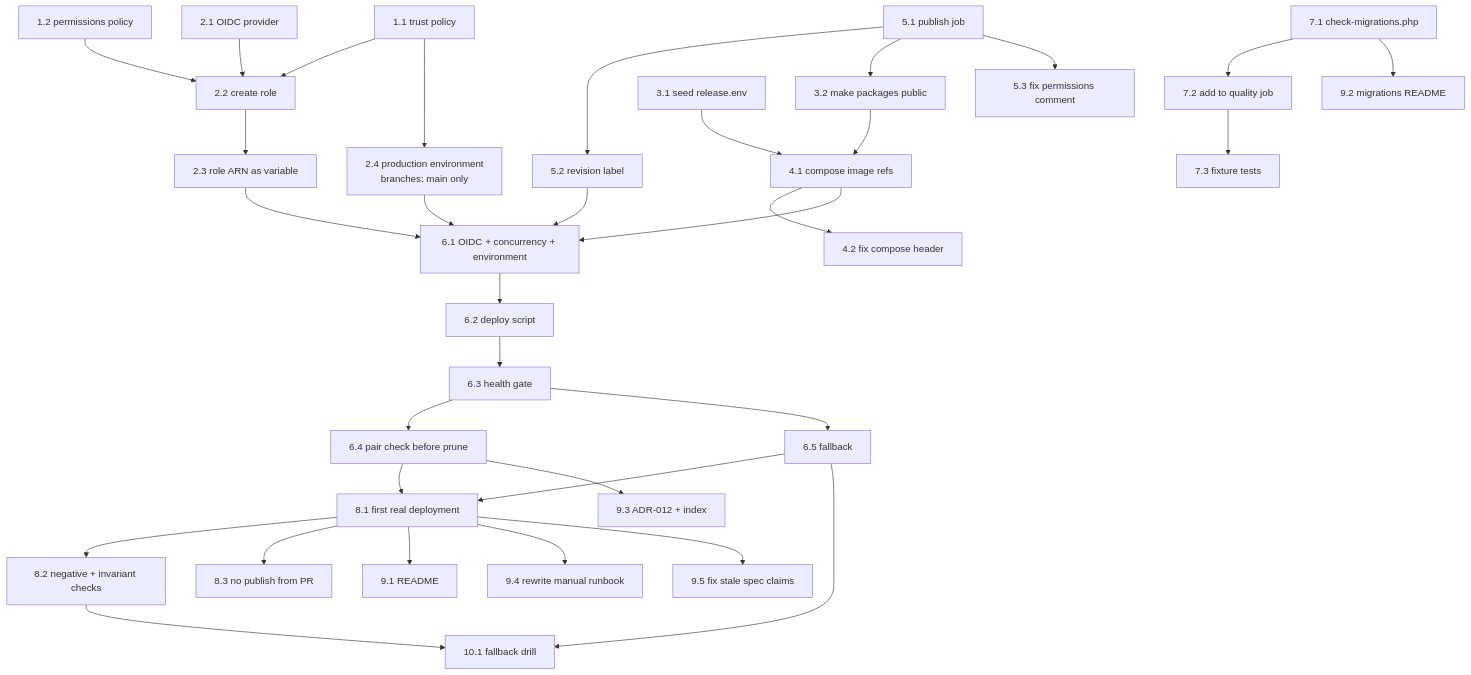
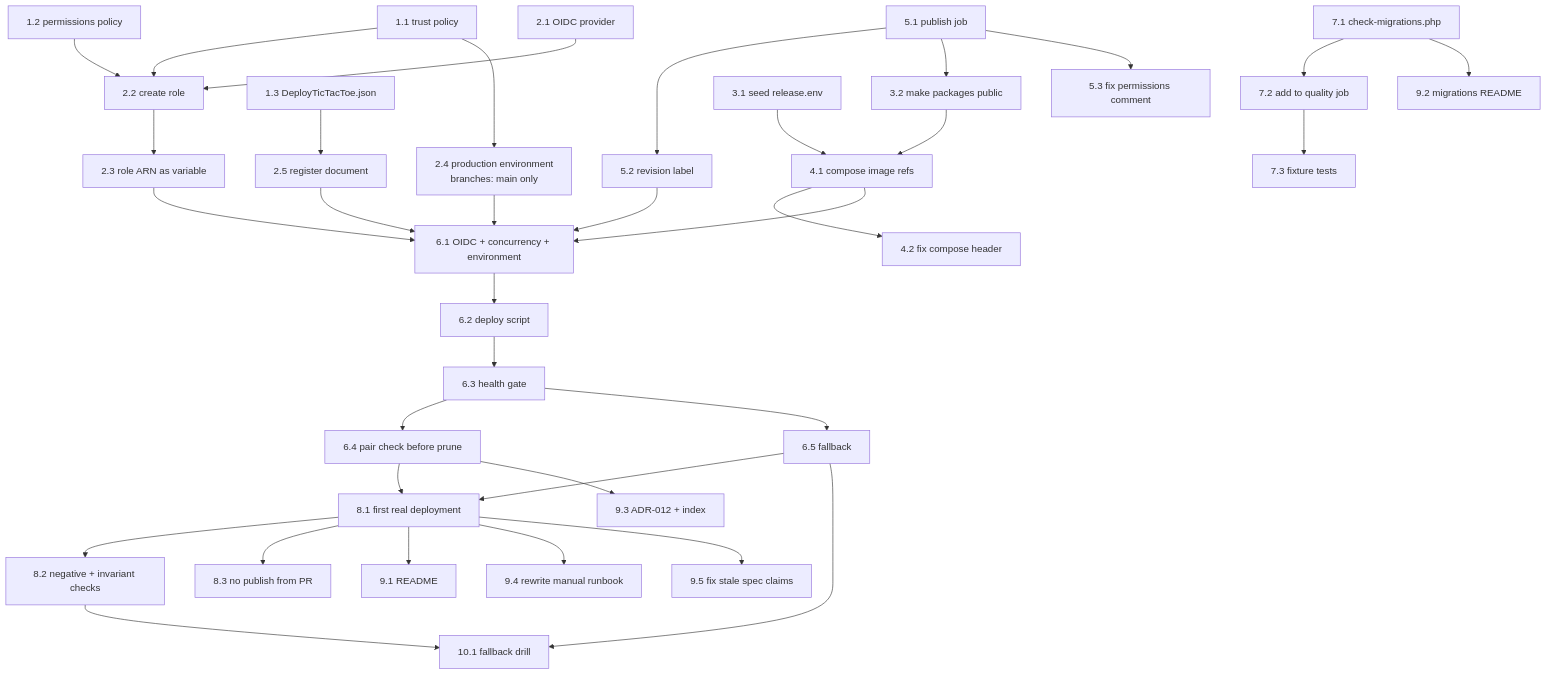
One commit to mirkovicUK/TIC-TAC-TOE changed the diagram in .kiro/specs/continuous-deployment/tasks.md. Above: the diagram before and after it, drawn with Mermaid. The commit also changed other lines of this file and 6 other files, not shown here.

````diff
--- a/.kiro/specs/continuous-deployment/tasks.md
+++ b/.kiro/specs/continuous-deployment/tasks.md
@@ -180,42 +194,44 @@
 ```mermaid
 flowchart TD
     T11["1.1 trust policy"] --> T22["2.2 create role"]
     T12["1.2 permissions policy"] --> T22
     T21["2.1 OIDC provider"] --> T22
+    T13["1.3 DeployTicTacToe.json"] --> T25["2.5 register document"]
     T22 --> T23["2.3 role ARN as variable"]
     T11 --> T24["2.4 production environment<br/>branches: main only"]
 
     T51["5.1 publish job"] --> T52["5.2 revision label"]
     T51 --> T32["3.2 make packages public"]
     T51 --> T53["5.3 fix permissions comment"]
 
     T31["3.1 seed release.env"] --> T41["4.1 compose image refs"]
     T32 --> T41
     T41 --> T42["4.2 fix compose header"]
 
     T23 --> T61["6.1 OIDC + concurrency + environment"]
     T24 --> T61
+    T25 --> T61
     T41 --> T61
     T52 --> T61
     T61 --> T62["6.2 deploy script"]
     T62 --> T63["6.3 health gate"]
     T63 --> T64["6.4 pair check before prune"]
     T63 --> T65["6.5 fallback"]
 
     T71["7.1 check-migrations.php"] --> T72["7.2 add to quality job"]
     T72 --> T73["7.3 fixture tests"]
 
     T64 --> T81["8.1 first real deployment"]
     T65 --> T81
     T81 --> T82["8.2 negative + invariant checks"]
     T81 --> T83["8.3 no publish from PR"]
 
     T81 --> T91["9.1 README"]
     T81 --> T94["9.4 rewrite manual runbook"]
     T71 --> T92["9.2 migrations README"]
     T64 --> T93["9.3 ADR-012 + index"]
     T81 --> T95["9.5 fix stale spec claims"]
 
     T82 --> T101["10.1 fallback drill"]
     T65 --> T101
 ```
````
